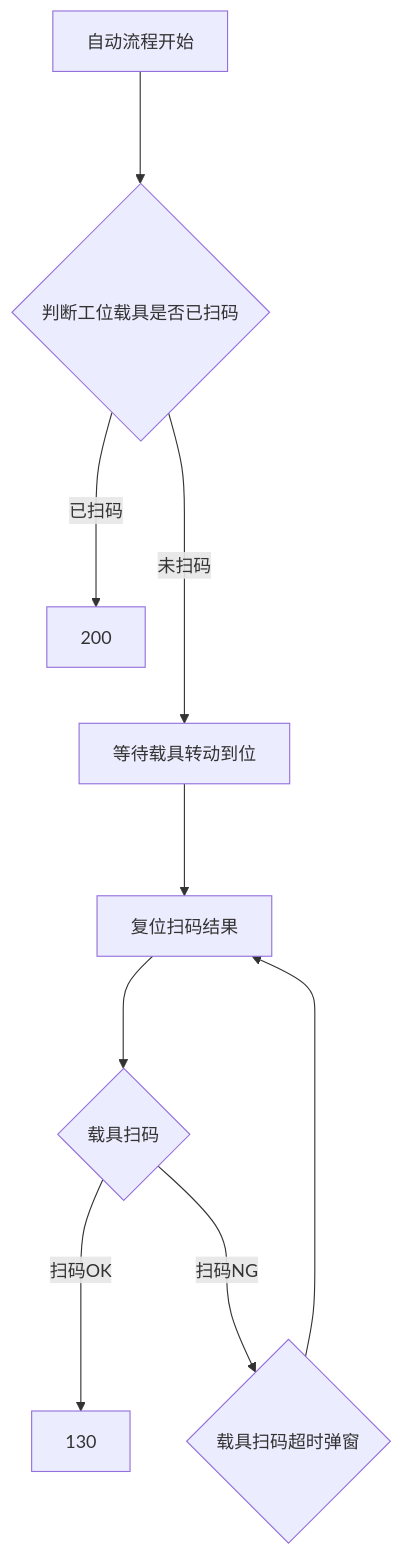
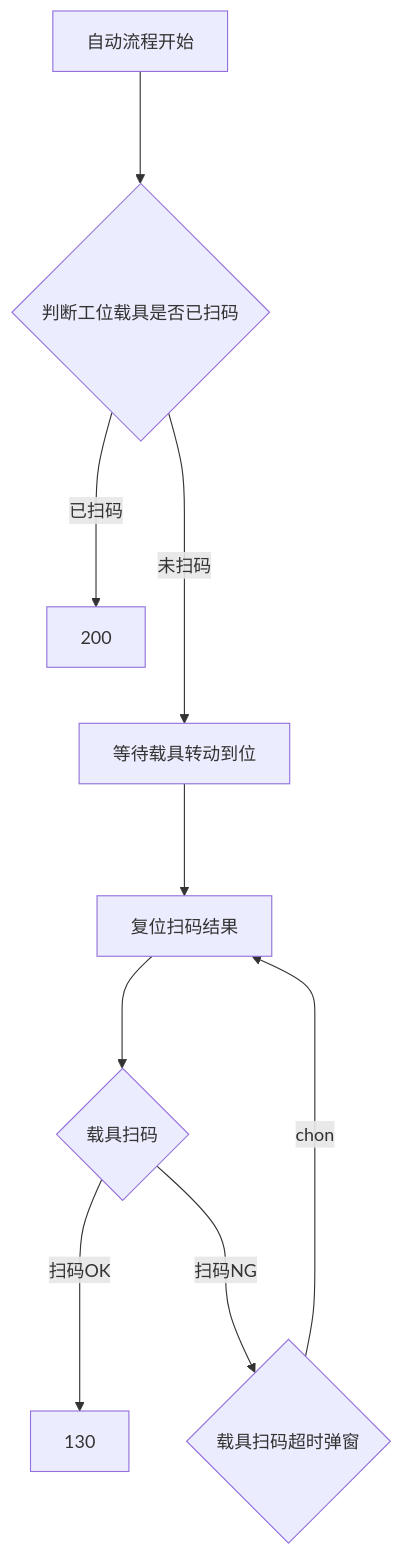
Before and after one commit to zmq000/iodraw-files: the diagram in all/OP70工位2短回流工位.md, drawn with Mermaid.

Commit message:
2026-06-17 15:55:11 update

````diff
--- a/all/OP70工位2短回流工位.md
+++ b/all/OP70工位2短回流工位.md
@@ -1,13 +1,13 @@
 ```mermaid
 graph TD
 自动流程开始--->
 10{判断工位载具是否已扫码}--->|已扫码|200
 10---->|未扫码|100
 100[等待载具转动到位]--->110
 110[复位扫码结果]--->120
 120{载具扫码}--->|扫码OK|130
 120--->|扫码NG|125
-125{载具扫码超时弹窗}--->110
+125{载具扫码超时弹窗}--->|chon|110
 
   
 ```
````
